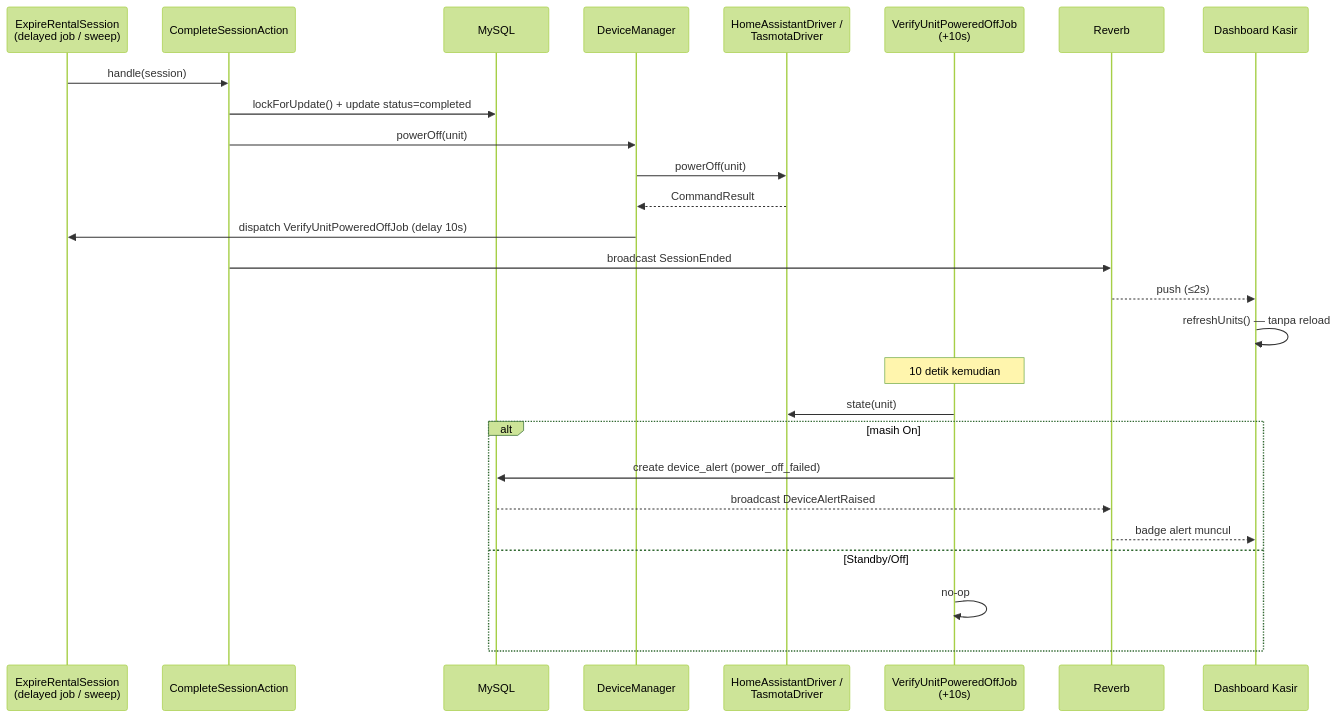
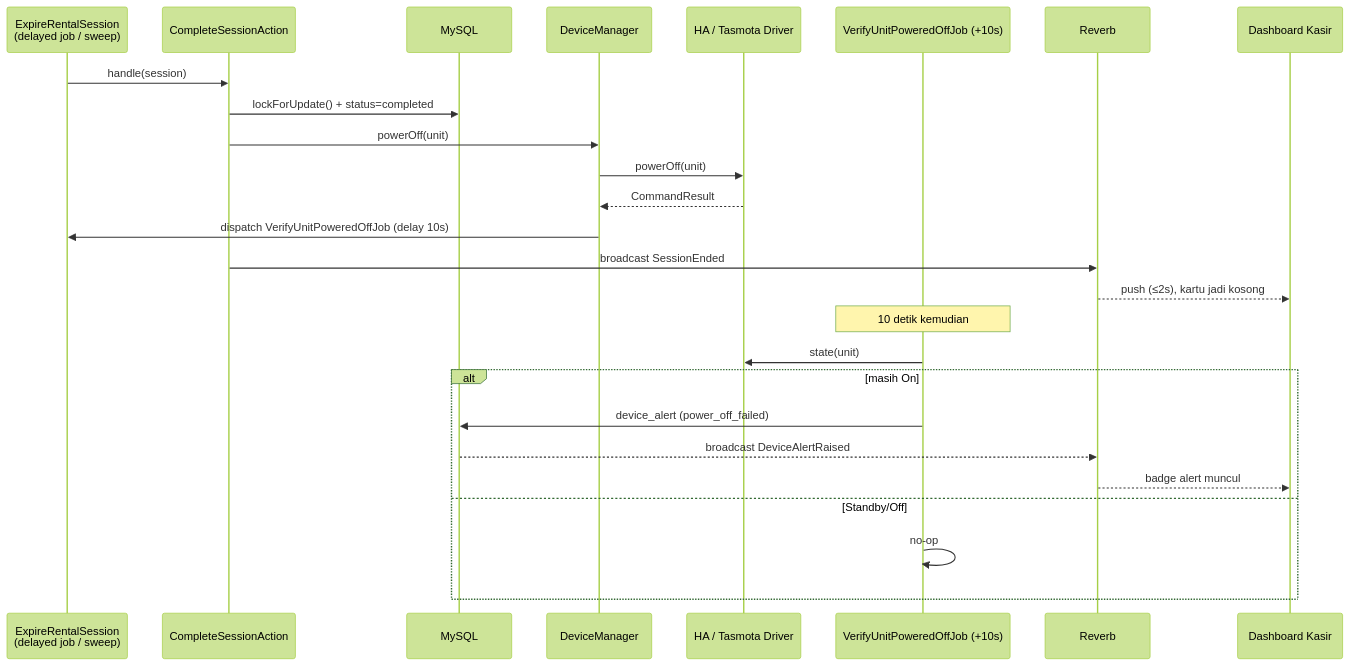
Before and after one commit to creativetreesgroup/Ecosystem-Billing: the seventh of 7 diagrams in README.md, drawn with Mermaid (forest theme). The commit also changed other lines of this file and 26 other files, not shown here.

````diff
--- a/README.md
+++ b/README.md
@@ -157,31 +671,29 @@
 ```mermaid
 sequenceDiagram
     participant Job as ExpireRentalSession<br/>(delayed job / sweep)
     participant Action as CompleteSessionAction
     participant DB as MySQL
     participant DM as DeviceManager
-    participant Driver as HomeAssistantDriver /<br/>TasmotaDriver
-    participant Verify as VerifyUnitPoweredOffJob<br/>(+10s)
+    participant Driver as HA / Tasmota Driver
+    participant Verify as VerifyUnitPoweredOffJob (+10s)
     participant Reverb
     participant Dash as Dashboard Kasir
 
     Job->>Action: handle(session)
-    Action->>DB: lockForUpdate() + update status=completed
+    Action->>DB: lockForUpdate() + status=completed
     Action->>DM: powerOff(unit)
     DM->>Driver: powerOff(unit)
     Driver-->>DM: CommandResult
     DM->>Job: dispatch VerifyUnitPoweredOffJob (delay 10s)
     Action->>Reverb: broadcast SessionEnded
-    Reverb-->>Dash: push (≤2s)
-    Dash->>Dash: refreshUnits() — tanpa reload
-
+    Reverb-->>Dash: push (≤2s), kartu jadi kosong
     Note over Verify: 10 detik kemudian
     Verify->>Driver: state(unit)
     alt masih On
-        Verify->>DB: create device_alert (power_off_failed)
+        Verify->>DB: device_alert (power_off_failed)
         DB-->>Reverb: broadcast DeviceAlertRaised
         Reverb-->>Dash: badge alert muncul
     else Standby/Off
         Verify->>Verify: no-op
     end
 ```
````
